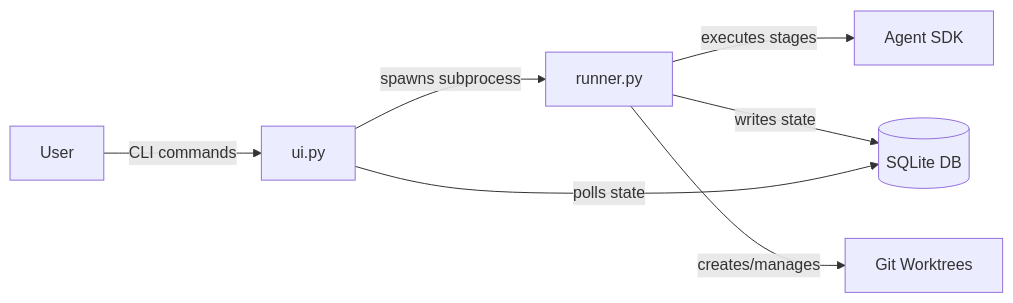
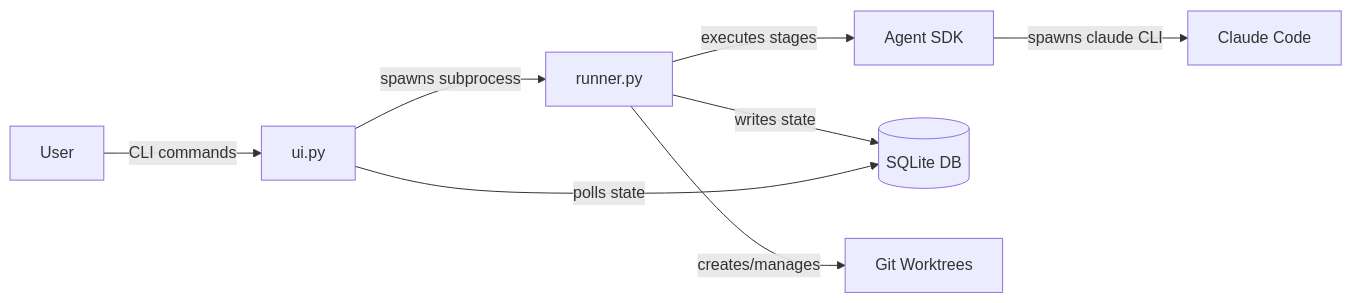
The diagram in docs/specs/MVP.spec.md (zpyoung/pegasus), drawn with Mermaid before and after one commit. The commit also changed other lines of this file, not shown here.

Commit message:
Update MVP specification with versioning, architecture details, and critical path requirements

````diff
--- a/docs/specs/MVP.spec.md
+++ b/docs/specs/MVP.spec.md
@@ -140,9 +177,10 @@
 ```mermaid
 graph LR
     A[User] -->|CLI commands| B[ui.py]
     B -->|spawns subprocess| C[runner.py]
     C -->|executes stages| D[Agent SDK]
-    C -->|writes state| E[(SQLite DB)]
-    B -->|polls state| E
-    C -->|creates/manages| F[Git Worktrees]
+    D -->|spawns claude CLI| E[Claude Code]
+    C -->|writes state| F[(SQLite DB)]
+    B -->|polls state| F
+    C -->|creates/manages| G[Git Worktrees]
 ```
````
